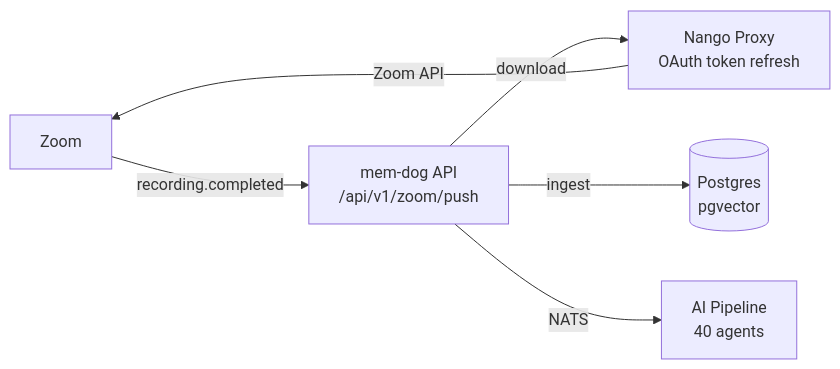
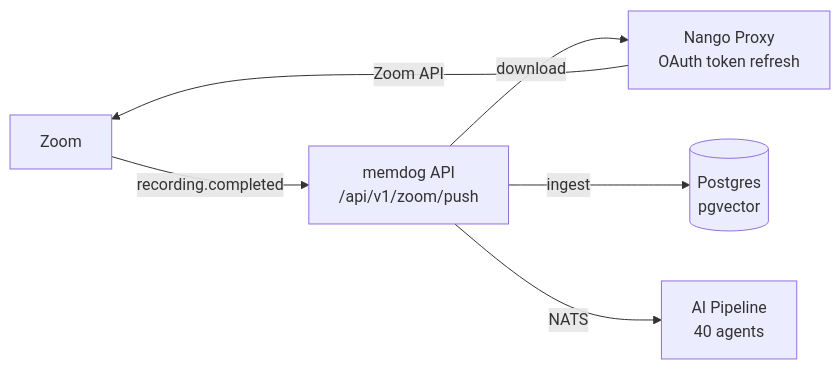
The diagram in docs/apps/zoom/setup.md (BuildGeekAI/mem-dog), drawn with Mermaid before and after one commit. The commit also changed other lines of this file and 412 other files, not shown here.

````diff
--- a/docs/apps/zoom/setup.md
+++ b/docs/apps/zoom/setup.md
@@ -7,8 +7,8 @@
 ```mermaid
 graph LR
-    ZOOM[Zoom] -- "recording.completed" --> API[mem-dog API<br/>/api/v1/zoom/push]
+    ZOOM[Zoom] -- "recording.completed" --> API[memdog API<br/>/api/v1/zoom/push]
     API -- "download" --> NANGO[Nango Proxy<br/>OAuth token refresh]
     NANGO -- "Zoom API" --> ZOOM
     API -- "ingest" --> PG[(Postgres<br/>pgvector)]
     API -- "NATS" --> PIPE[AI Pipeline<br/>40 agents]
 ```
````
